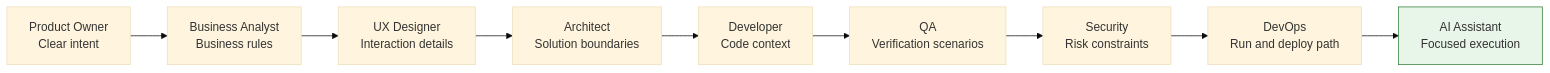
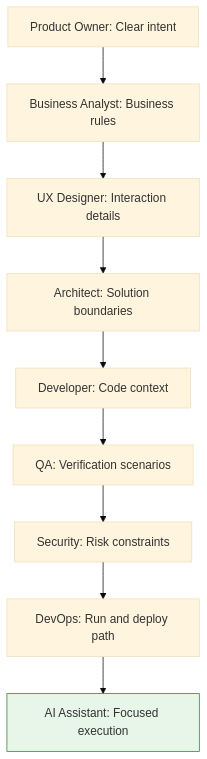
The diagram in _posts/2026-07-03-token-optimization-is-team-optimization.md (umaranit/umaranit.github.io), drawn with Mermaid (base theme) before and after one commit. The commit also changed other lines of this file, not shown here.

````diff
--- a/_posts/2026-07-03-token-optimization-is-team-optimization.md
+++ b/_posts/2026-07-03-token-optimization-is-team-optimization.md
@@ -96,13 +78,13 @@
 ```mermaid
-flowchart LR
-    PO["Product Owner<br/>Clear intent"] --> BA["Business Analyst<br/>Business rules"]
-    BA --> UX["UX Designer<br/>Interaction details"]
-    UX --> ARCH["Architect<br/>Solution boundaries"]
-    ARCH --> DEV["Developer<br/>Code context"]
-    DEV --> QA["QA<br/>Verification scenarios"]
-    QA --> SEC["Security<br/>Risk constraints"]
-    SEC --> OPS["DevOps<br/>Run and deploy path"]
-    OPS --> AI["AI Assistant<br/>Focused execution"]
+flowchart TD
+    PO["Product Owner: Clear intent"] --> BA["Business Analyst: Business rules"]
+    BA --> UX["UX Designer: Interaction details"]
+    UX --> ARCH["Architect: Solution boundaries"]
+    ARCH --> DEV["Developer: Code context"]
+    DEV --> QA["QA: Verification scenarios"]
+    QA --> SEC["Security: Risk constraints"]
+    SEC --> OPS["DevOps: Run and deploy path"]
+    OPS --> AI["AI Assistant: Focused execution"]
 
     style AI fill:#e8f5e9,stroke:#2e7d32
 ```
````
